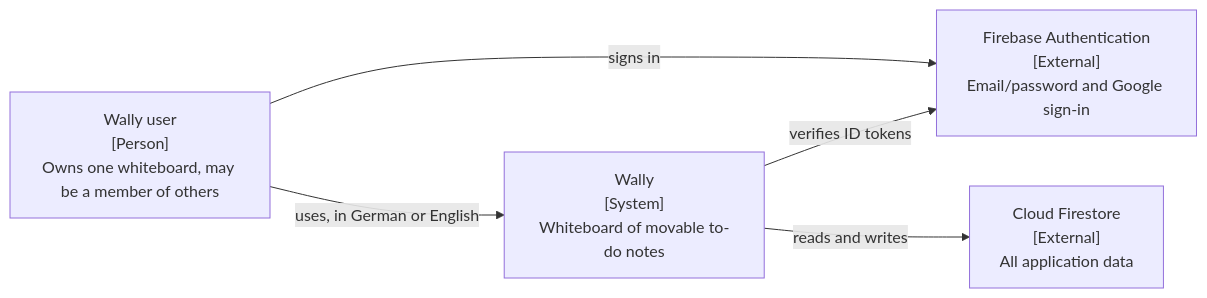
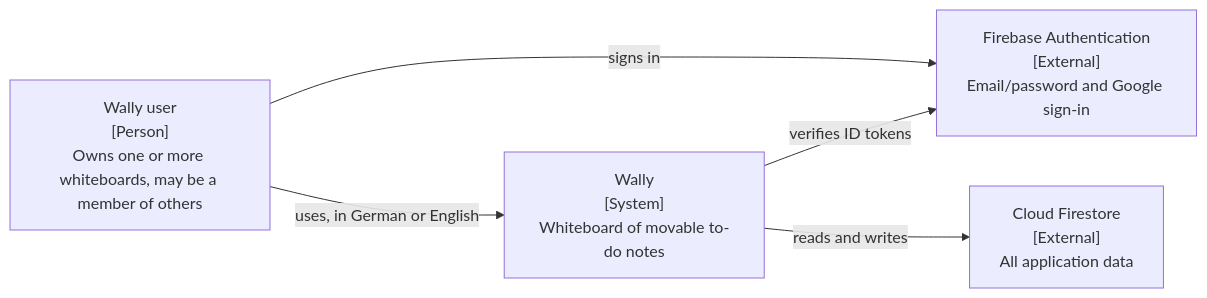
Before and after one commit to milad-luminull/wally: the first of 2 diagrams in docs/architecture/overview.md, drawn with Mermaid. The commit also changed other lines of this file and 8 other files, not shown here.

````diff
--- a/docs/architecture/overview.md
+++ b/docs/architecture/overview.md
@@ -9,11 +9,11 @@
 ```mermaid
 flowchart LR
-  user["Wally user<br/>[Person]<br/>Owns one whiteboard, may be a member of others"]
+  user["Wally user<br/>[Person]<br/>Owns one or more whiteboards, may be a member of others"]
   wally["Wally<br/>[System]<br/>Whiteboard of movable to-do notes"]
   auth["Firebase Authentication<br/>[External]<br/>Email/password and Google sign-in"]
   store["Cloud Firestore<br/>[External]<br/>All application data"]
   user -->|uses, in German or English| wally
   user -->|signs in| auth
   wally -->|verifies ID tokens| auth
   wally -->|reads and writes| store
 ```
````
